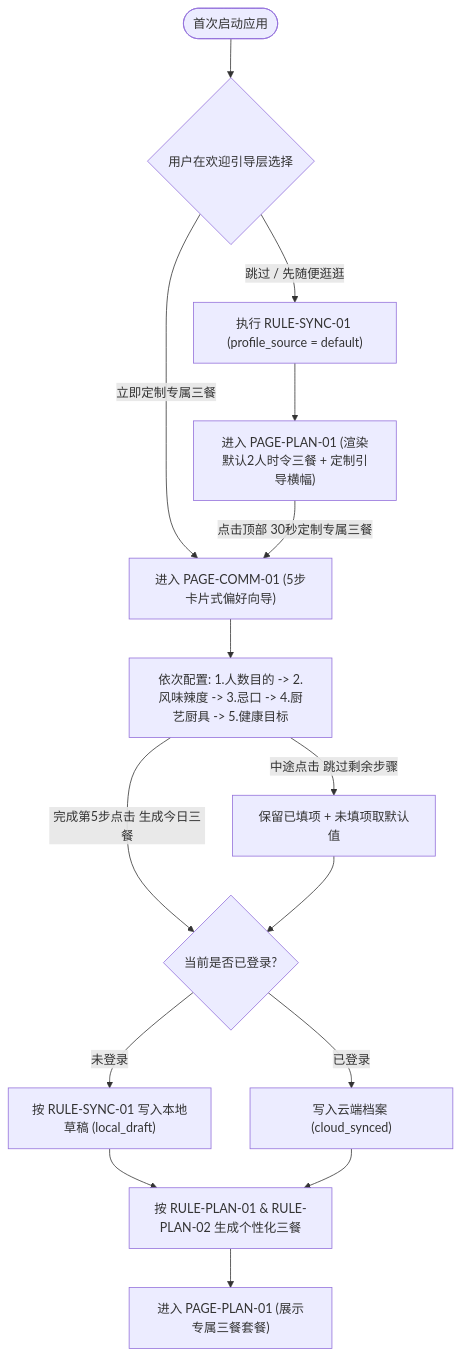
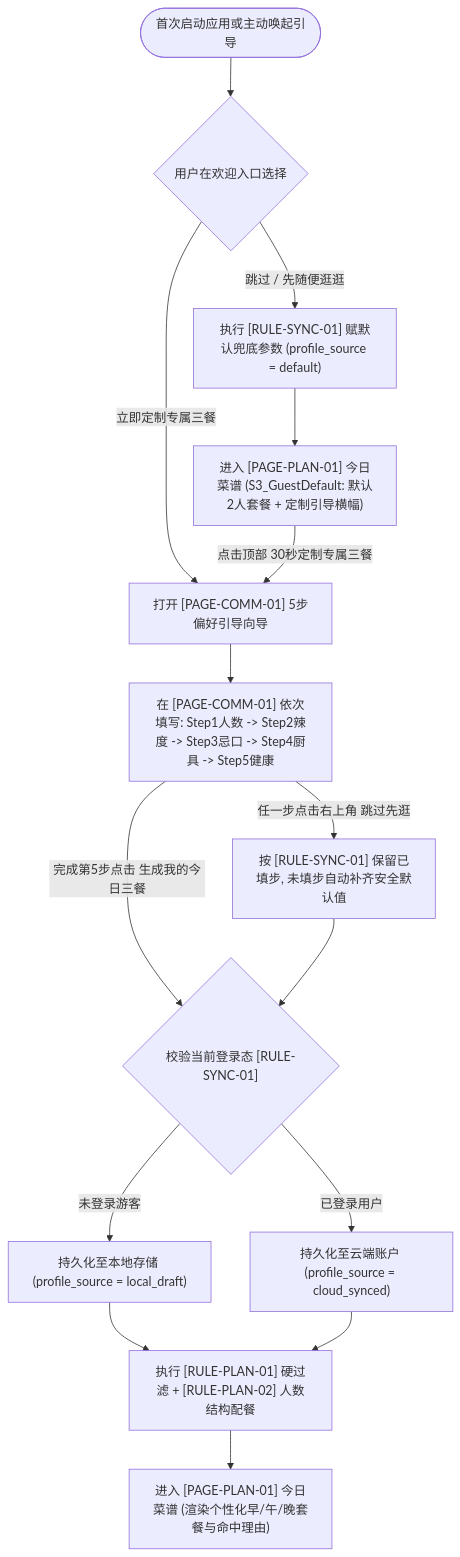
One commit to icecream154/Cookbook changed the first of 2 diagrams in Product/spec/04-ia-and-flows/flows/auth-and-onboarding.md. Above: the diagram before and after it, drawn with Mermaid. The commit also changed other lines of this file and 28 other files, not shown here.

Commit message:
feat: update ia and flows doc

````diff
--- a/Product/spec/04-ia-and-flows/flows/auth-and-onboarding.md
+++ b/Product/spec/04-ia-and-flows/flows/auth-and-onboarding.md
@@ -8,20 +11,20 @@
 ```mermaid
 flowchart TD
-    START(["首次启动应用"]) --> ENTRY{"用户在欢迎引导层选择"}
-    ENTRY -- "跳过 / 先随便逛逛" --> DEFAULT_RULE["执行 RULE-SYNC-01 (profile_source = default)"]
-    DEFAULT_RULE --> GUEST_PLAN["进入 PAGE-PLAN-01 (渲染默认2人时令三餐 + 定制引导横幅)"]
+    START(["首次启动应用或主动唤起引导"]) --> ENTRY{"用户在欢迎入口选择"}
+    ENTRY -- "跳过 / 先随便逛逛" --> DEFAULT_RULE["执行 [RULE-SYNC-01] 赋默认兜底参数 (profile_source = default)"]
+    DEFAULT_RULE --> GUEST_PLAN["进入 [PAGE-PLAN-01] 今日菜谱 (S3_GuestDefault: 默认2人套餐 + 定制引导横幅)"]
 
-    ENTRY -- "立即定制专属三餐" --> WIZ["进入 PAGE-COMM-01 (5步卡片式偏好向导)"]
+    ENTRY -- "立即定制专属三餐" --> WIZ["打开 [PAGE-COMM-01] 5步偏好引导向导"]
     GUEST_PLAN -- "点击顶部 30秒定制专属三餐" --> WIZ
 
-    WIZ --> STEP_FLOW["依次配置: 1.人数目的 -> 2.风味辣度 -> 3.忌口 -> 4.厨艺厨具 -> 5.健康目标"]
-    STEP_FLOW -- "中途点击 跳过剩余步骤" --> SAVE_PARTIAL["保留已填项 + 未填项取默认值"]
-    STEP_FLOW -- "完成第5步点击 生成今日三餐" --> CHECK_LOGIN{"当前是否已登录?"}
+    WIZ --> STEP_FLOW["在 [PAGE-COMM-01] 依次填写: Step1人数 -> Step2辣度 -> Step3忌口 -> Step4厨具 -> Step5健康"]
+    STEP_FLOW -- "任一步点击右上角 跳过先逛" --> SAVE_PARTIAL["按 [RULE-SYNC-01] 保留已填步, 未填步自动补齐安全默认值"]
+    STEP_FLOW -- "完成第5步点击 生成我的今日三餐" --> CHECK_LOGIN{"校验当前登录态 [RULE-SYNC-01]"}
     SAVE_PARTIAL --> CHECK_LOGIN
 
-    CHECK_LOGIN -- "未登录" --> SAVE_DRAFT["按 RULE-SYNC-01 写入本地草稿 (local_draft)"]
-    CHECK_LOGIN -- "已登录" --> SAVE_CLOUD["写入云端档案 (cloud_synced)"]
+    CHECK_LOGIN -- "未登录游客" --> SAVE_DRAFT["持久化至本地存储 (profile_source = local_draft)"]
+    CHECK_LOGIN -- "已登录用户" --> SAVE_CLOUD["持久化至云端账户 (profile_source = cloud_synced)"]
 
-    SAVE_DRAFT & SAVE_CLOUD --> GEN_MEAL["按 RULE-PLAN-01 & RULE-PLAN-02 生成个性化三餐"]
-    GEN_MEAL --> CUSTOM_HOME["进入 PAGE-PLAN-01 (展示专属三餐套餐)"]
+    SAVE_DRAFT & SAVE_CLOUD --> GEN_MEAL["执行 [RULE-PLAN-01] 硬过滤 + [RULE-PLAN-02] 人数结构配餐"]
+    GEN_MEAL --> CUSTOM_HOME["进入 [PAGE-PLAN-01] 今日菜谱 (渲染个性化早/午/晚套餐与命中理由)"]
 ```
````
